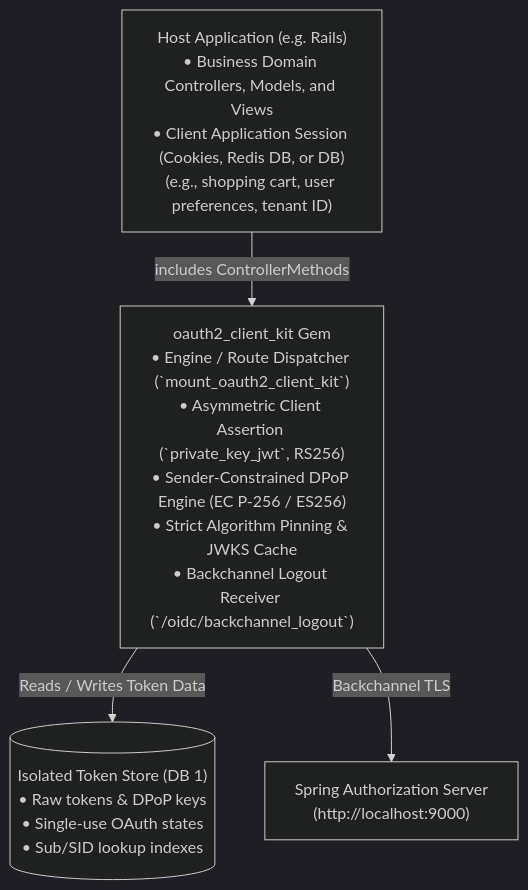
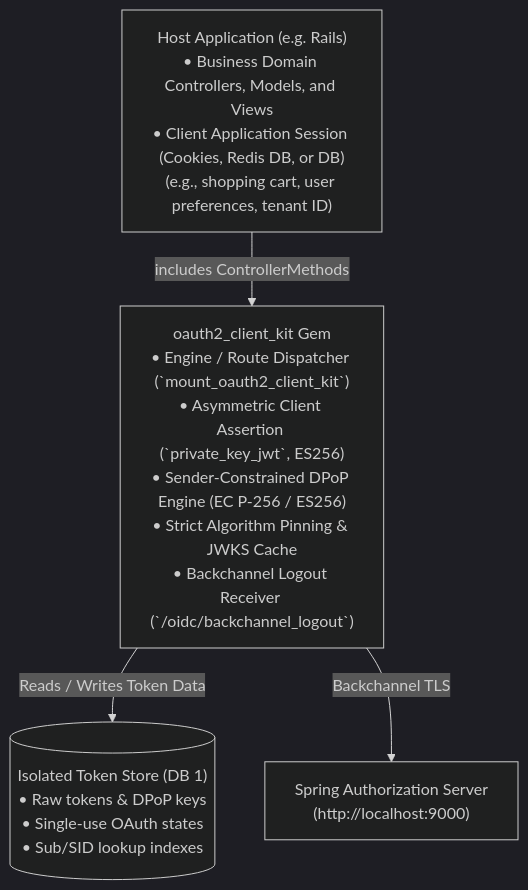
The first of 3 diagrams in oauth2_client_kit/README.md (shoeyn/oauth-server), drawn with Mermaid (dark theme) before and after one commit. The commit also changed other lines of this file and 48 other files, not shown here.

````diff
--- a/oauth2_client_kit/README.md
+++ b/oauth2_client_kit/README.md
@@ -112,14 +112,14 @@
 ```mermaid
 graph TD
     HostApp["Host Application (e.g. Rails)<br/>• Business Domain Controllers, Models, and Views<br/>• Client Application Session (Cookies, Redis DB, or DB)<br/>(e.g., shopping cart, user preferences, tenant ID)"]
     
-    Gem["oauth2_client_kit Gem<br/>• Engine / Route Dispatcher (`mount_oauth2_client_kit`)<br/>• Asymmetric Client Assertion (`private_key_jwt`, RS256)<br/>• Sender-Constrained DPoP Engine (EC P-256 / ES256)<br/>• Strict Algorithm Pinning & JWKS Cache<br/>• Backchannel Logout Receiver (`/oidc/backchannel_logout`)"]
+    Gem["oauth2_client_kit Gem<br/>• Engine / Route Dispatcher (`mount_oauth2_client_kit`)<br/>• Asymmetric Client Assertion (`private_key_jwt`, ES256)<br/>• Sender-Constrained DPoP Engine (EC P-256 / ES256)<br/>• Strict Algorithm Pinning & JWKS Cache<br/>• Backchannel Logout Receiver (`/oidc/backchannel_logout`)"]
     
     HostApp -- "includes ControllerMethods" --> Gem
     
     TokenStore[("Isolated Token Store (DB 1)<br/>• Raw tokens & DPoP keys<br/>• Single-use OAuth states<br/>• Sub/SID lookup indexes")]
     SpringAS["Spring Authorization Server<br/>(http://localhost:9000)"]
     
     Gem -- "Reads / Writes Token Data" --> TokenStore
     Gem -- "Backchannel TLS" --> SpringAS
 ```
````
